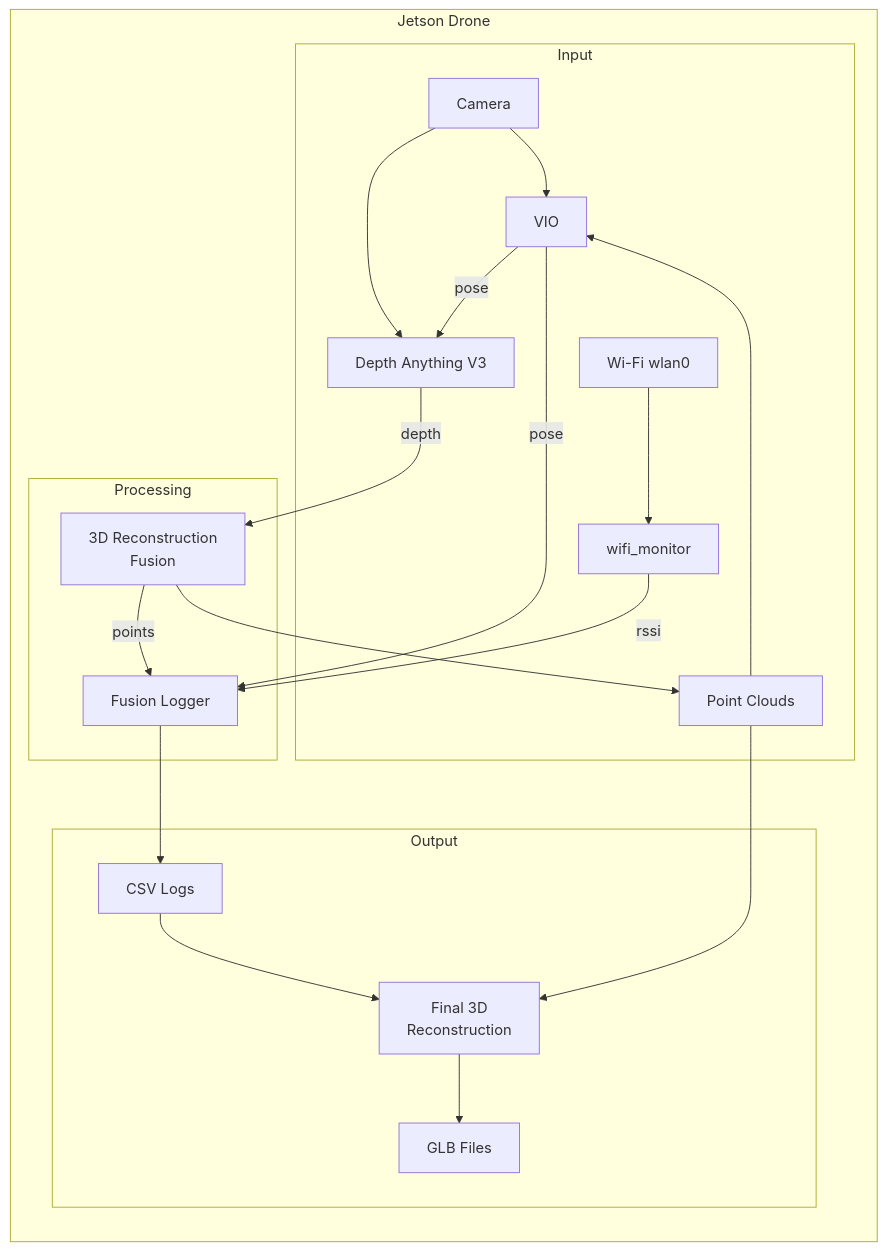
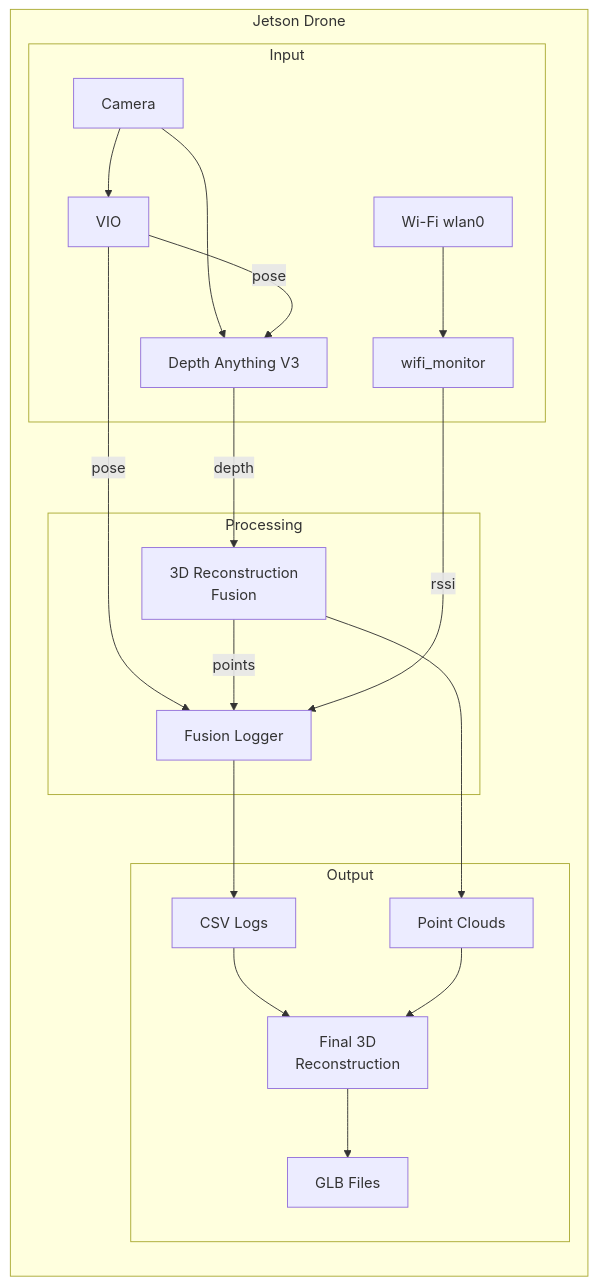
Before and after one commit to Shluo03/AirSniff: the second of 6 diagrams in README.md, drawn with Mermaid.

````diff
--- a/README.md
+++ b/README.md
@@ -40,28 +40,28 @@
 ```mermaid
 graph LR
     subgraph Jetson Drone
         subgraph Input
             A[Camera] --> B[VIO]
-            I[IMU] --> B[VIO]
+           
             A --> C[Depth Anything V3]
             D[Wi-Fi wlan0] --> E[wifi_monitor]
         end
         
         subgraph Processing
             B -->|pose| C
             B -->|pose| F[Fusion Logger]
             C -->|depth| G[3D Reconstruction<br/>Fusion]
             G -->|points| F
             E -->|rssi| F
         end
         
         subgraph Output
             F --> H[CSV Logs]
             G --> I[Point Clouds]
             H --> J[Final 3D<br/>Reconstruction]
             I --> J
             J --> K[GLB Files]
             
         end
     end
 ```
````
